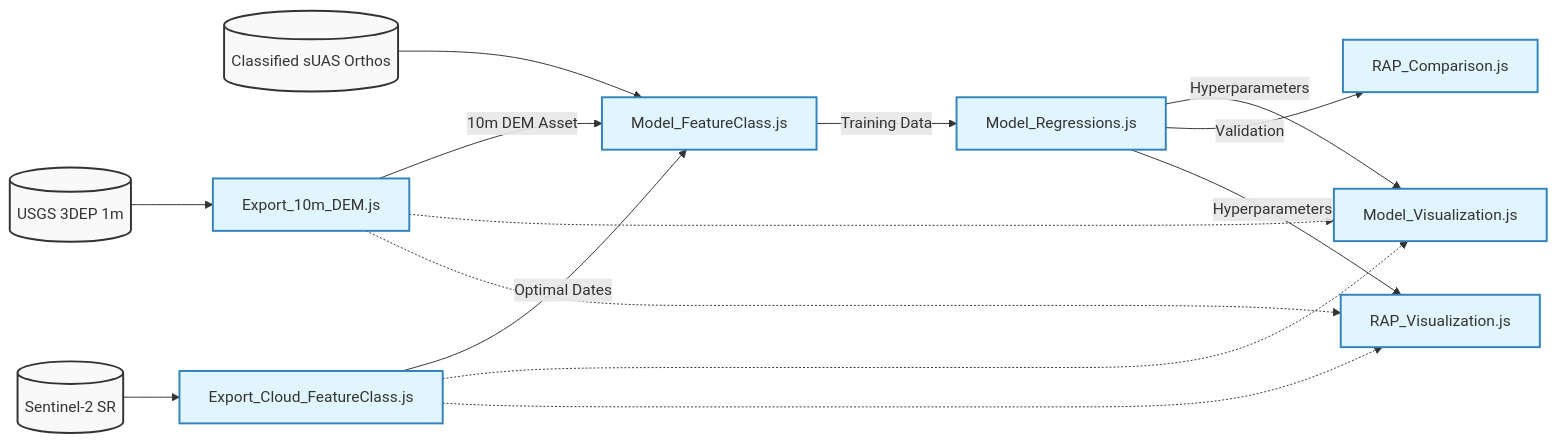
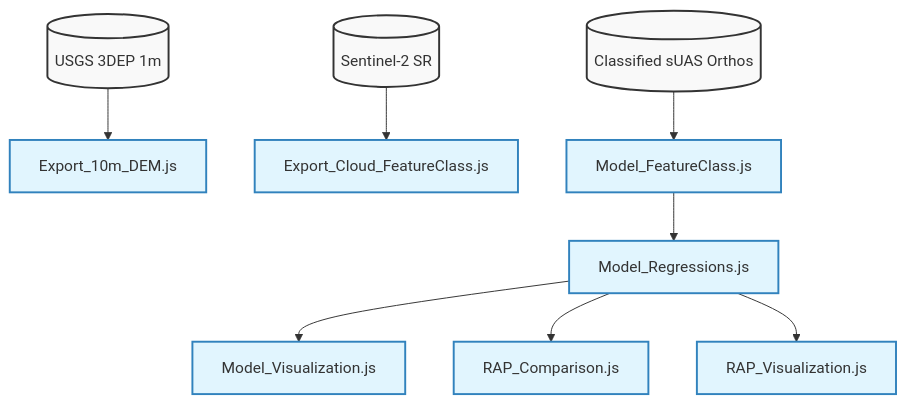
One commit to afullhart/SantaRita changed the diagram in README.md. Above: the diagram before and after it, drawn with Mermaid.

````diff
--- a/README.md
+++ b/README.md
@@ -2,41 +2,34 @@
 ```mermaid
-graph LR
+graph TD
     classDef input fill:#f9f9f9,stroke:#333,stroke-width:2px;
     classDef script fill:#e1f5fe,stroke:#3182bd,stroke-width:2px;
 
     %% Data Sources
     DEM_Raw[(USGS 3DEP 1m)]:::input
     S2_Raw[(Sentinel-2 SR)]:::input
     UAS_Raw[(Classified sUAS Orthos)]:::input
 
     %% Processing Scripts
     DEM_Export[Export_10m_DEM.js]:::script
     Cloud_Export[Export_Cloud_FeatureClass.js]:::script
     FC_Model[Model_FeatureClass.js]:::script
+
+    %% Modeling Core
     Reg_Model[Model_Regressions.js]:::script
 
     %% Visualization & Analysis
     Vis_Model[Model_Visualization.js]:::script
     Comp_RAP[RAP_Comparison.js]:::script
     Vis_RAP[RAP_Visualization.js]:::script
 
-    %% Flow
+    %% Flow (Strictly matching the drawing)
     DEM_Raw --> DEM_Export
     S2_Raw --> Cloud_Export
+    UAS_Raw --> FC_Model
 
-    UAS_Raw --> FC_Model
-    DEM_Export -->|10m DEM Asset| FC_Model
-    Cloud_Export -->|Optimal Dates| FC_Model
+    FC_Model --> Reg_Model
 
-    FC_Model -->|Training Data| Reg_Model
-
-    Reg_Model -->|Hyperparameters| Vis_Model
-    Reg_Model -->|Validation| Comp_RAP
-    Reg_Model -->|Hyperparameters| Vis_RAP
-
-    %% Asset Dependencies
-    DEM_Export -.-> Vis_Model
-    DEM_Export -.-> Vis_RAP
-    Cloud_Export -.-> Vis_Model
-    Cloud_Export -.-> Vis_RAP
+    Reg_Model --> Vis_Model
+    Reg_Model --> Comp_RAP
+    Reg_Model --> Vis_RAP
 ```
````
